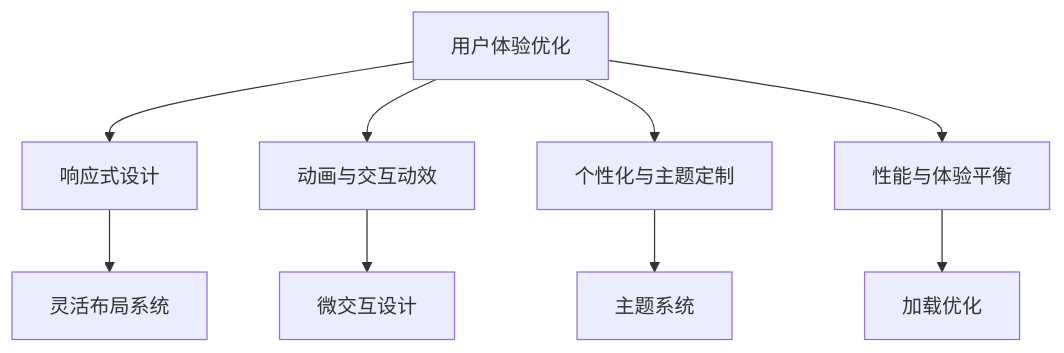
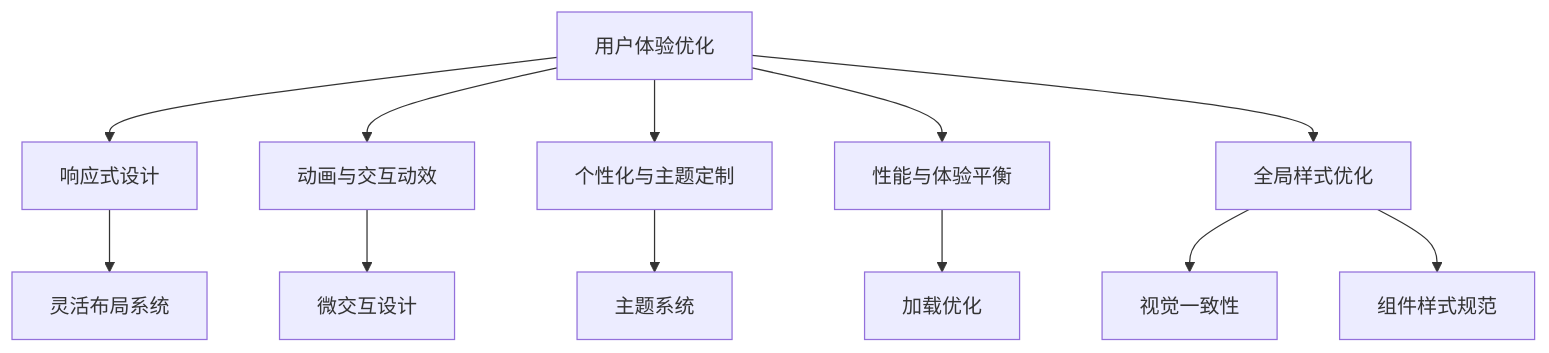
Before and after one commit to cwb7756/bio: the seventh of 8 diagrams in .qoder/repowiki/zh/content/架构设计/前端架构设计.md, drawn with Mermaid. The commit also changed other lines of this file and 35 other files, not shown here.

````diff
--- a/.qoder/repowiki/zh/content/架构设计/前端架构设计.md
+++ b/.qoder/repowiki/zh/content/架构设计/前端架构设计.md
@@ -448,11 +454,14 @@
 ```mermaid
 flowchart TD
 UX["用户体验优化"] --> Responsive["响应式设计"]
 UX --> Animation["动画与交互动效"]
 UX --> Personalization["个性化与主题定制"]
 UX --> Performance["性能与体验平衡"]
+UX --> GlobalStyles["全局样式优化"]
 Responsive --> Layout["灵活布局系统"]
 Animation --> MicroInteractions["微交互设计"]
 Personalization --> ThemeSystem["主题系统"]
 Performance --> LoadingOptimization["加载优化"]
+GlobalStyles --> VisualConsistency["视觉一致性"]
+GlobalStyles --> ComponentStyling["组件样式规范"]
 ```
````
